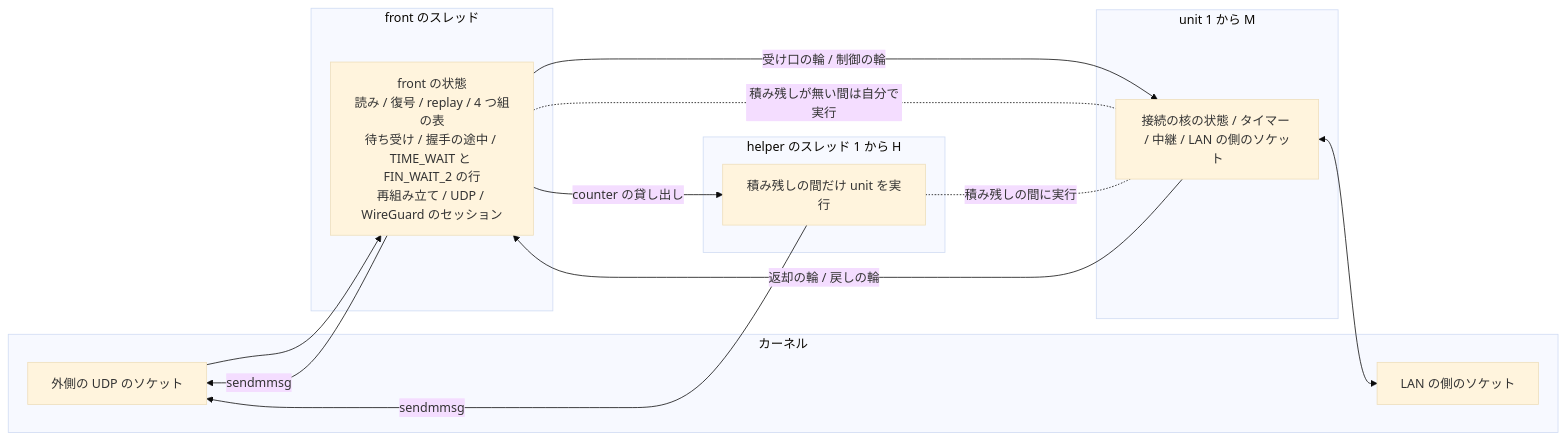
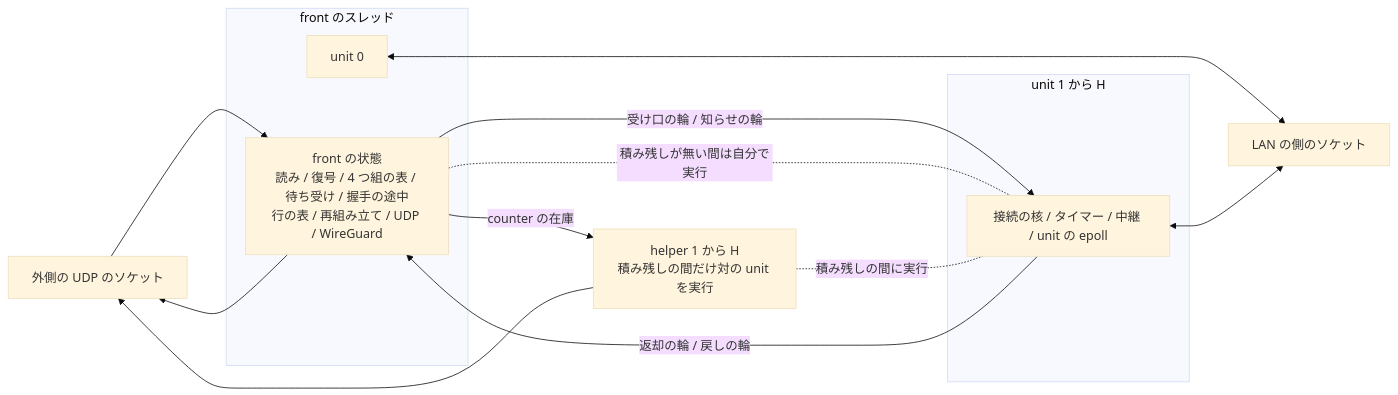
The diagram in docs/design/proposals/parallel-engine/ownership.md (rahanahu/wgft), drawn with Mermaid (base theme) before and after one commit. The commit also changed other lines of this file and 6 other files, not shown here.

````diff
--- a/docs/design/proposals/parallel-engine/ownership.md
+++ b/docs/design/proposals/parallel-engine/ownership.md
@@ -13,25 +9,23 @@
 ```mermaid
 flowchart LR
-  subgraph K[カーネル]
-    OS[外側の UDP のソケット]
-    LAN[LAN の側のソケット]
+  OS[外側の UDP のソケット]
+  LAN[LAN の側のソケット]
+  subgraph F[front のスレッド]
+    FR[front の状態<br/>読み / 復号 / 4 つ組の表 / 待ち受け / 握手の途中<br/>行の表 / 再組み立て / UDP / WireGuard]
+    U0[unit 0]
   end
-  subgraph F[front のスレッド]
-    FR[front の状態<br/>読み / 復号 / replay / 4 つ組の表<br/>待ち受け / 握手の途中 / TIME_WAIT と FIN_WAIT_2 の行<br/>再組み立て / UDP / WireGuard のセッション]
+  subgraph UH[unit 1 から H]
+    UK[接続の核 / タイマー / 中継 / unit の epoll]
   end
-  subgraph UN[unit 1 から M]
-    U1[接続の核の状態 / タイマー / 中継 / LAN の側のソケット]
-  end
-  subgraph H[helper のスレッド 1 から H]
-    HX[積み残しの間だけ unit を実行]
-  end
+  HX[helper 1 から H<br/>積み残しの間だけ対の unit を実行]
   OS --> FR
-  FR -->|受け口の輪 / 制御の輪| U1
-  U1 -->|返却の輪 / 戻しの輪| FR
-  FR -. 積み残しが無い間は自分で実行 .- U1
-  HX -. 積み残しの間に実行 .- U1
-  FR -->|counter の貸し出し| HX
-  FR -->|sendmmsg| OS
-  HX -->|sendmmsg| OS
-  U1 <--> LAN
+  FR -->|受け口の輪 / 知らせの輪| UK
+  UK -->|返却の輪 / 戻しの輪| FR
+  FR -. 積み残しが無い間は自分で実行 .- UK
+  HX -. 積み残しの間に実行 .- UK
+  FR -->|counter の在庫| HX
+  FR --> OS
+  HX --> OS
+  U0 <--> LAN
+  UK <--> LAN
 ```
````
